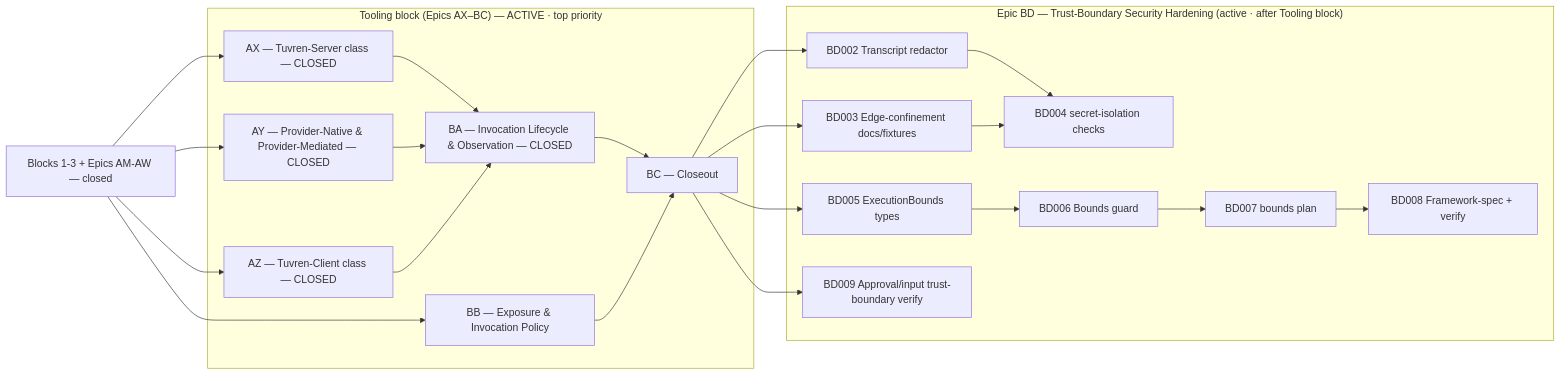
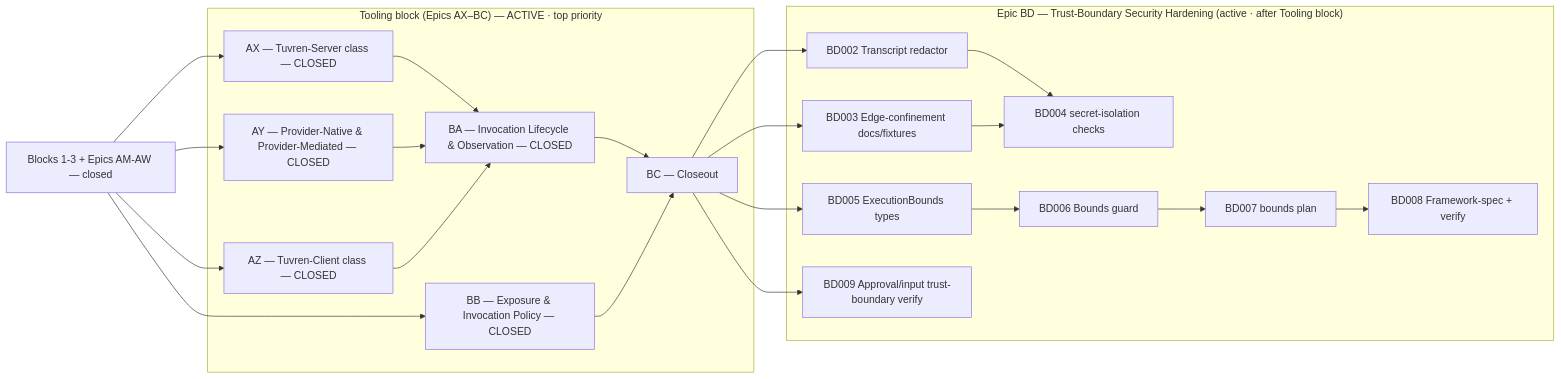
One commit to Tuvren/runtime changed the diagram in constitution/Tasks.md. Above: the diagram before and after it, drawn with Mermaid. The commit also changed other lines of this file and 21 other files, not shown here.

First line of the commit message:
feat(Epic BB): Exposure & Invocation Policy Model (KRT) (#75)

````diff
--- a/constitution/Tasks.md
+++ b/constitution/Tasks.md
@@ -92,32 +93,32 @@
 ```mermaid
 flowchart LR
   closed["Blocks 1-3 + Epics AM-AW — closed"]
 
   subgraph tooling["Tooling block (Epics AX–BC) — ACTIVE · top priority"]
     AXep["AX — Tuvren-Server class — CLOSED"]
     AYep["AY — Provider-Native & Provider-Mediated — CLOSED"]
     AZep["AZ — Tuvren-Client class — CLOSED"]
     AXep --> BAep["BA — Invocation Lifecycle & Observation — CLOSED"]
     AYep --> BAep
     AZep --> BAep
-    BBep["BB — Exposure & Invocation Policy"]
+    BBep["BB — Exposure & Invocation Policy — CLOSED"]
     BAep --> BCep["BC — Closeout"]
     BBep --> BCep
   end
 
   subgraph trust["Epic BD — Trust-Boundary Security Hardening (active · after Tooling block)"]
     BD2["BD002 Transcript redactor"] --> BD4["BD004 secret-isolation checks"]
     BD3["BD003 Edge-confinement docs/fixtures"] --> BD4
     BD5["BD005 ExecutionBounds types"] --> BD6["BD006 Bounds guard"] --> BD7["BD007 bounds plan"] --> BD8["BD008 Framework-spec + verify"]
     BD9["BD009 Approval/input trust-boundary verify"]
   end
 
   closed --> AXep
   closed --> AYep
   closed --> AZep
   closed --> BBep
   BCep --> BD2
   BCep --> BD3
   BCep --> BD5
   BCep --> BD9
 ```
````
